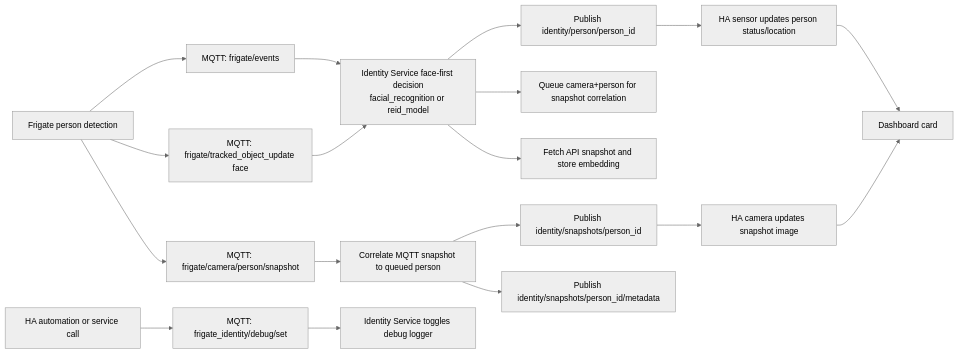
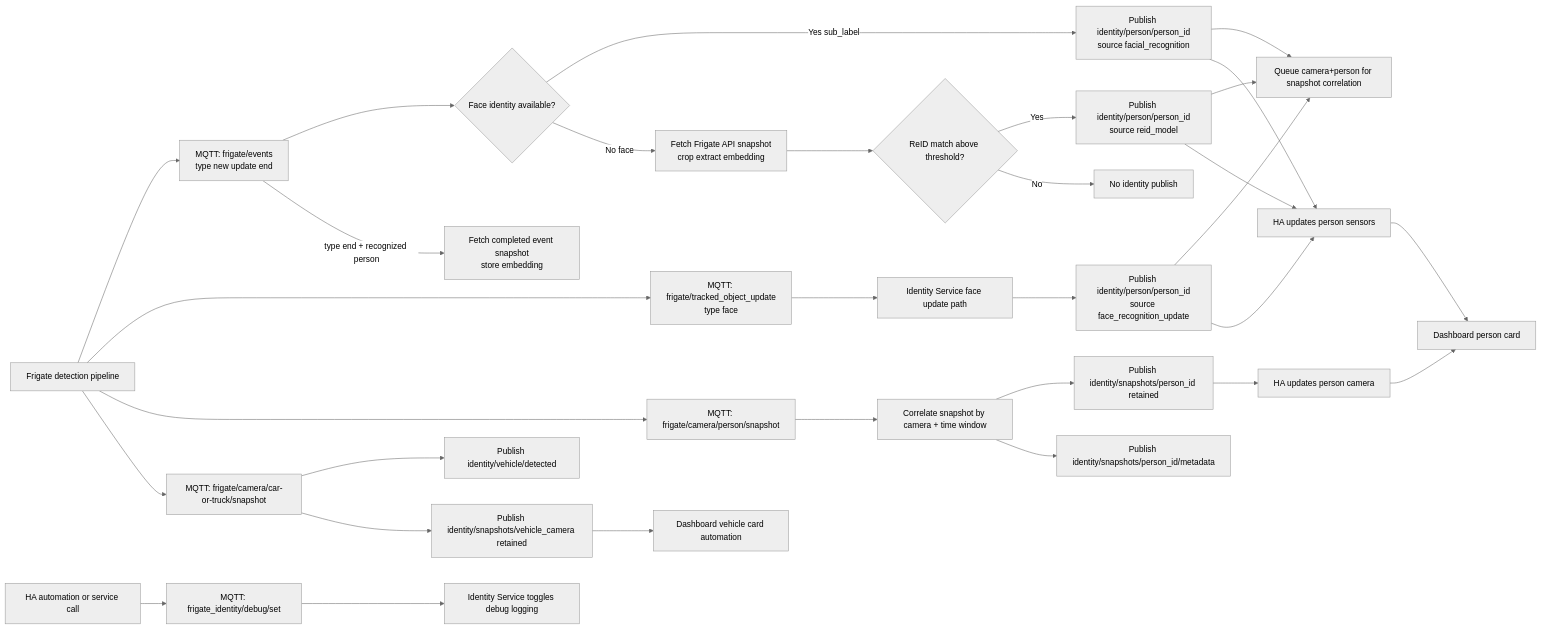
The first of 2 diagrams in README.md (awayman/frigate_identity_service), drawn with Mermaid (neutral theme) before and after one commit. The commit also changed other lines of this file, not shown here.

Commit message:
docs: Update flowchart and sequence diagram in README for improved clarity on identity service processes

````diff
--- a/README.md
+++ b/README.md
@@ -114,25 +114,41 @@
 ```mermaid
 flowchart LR
-  A[Frigate person detection] --> B[MQTT: frigate/events]
-  A --> C[MQTT: frigate/tracked_object_update face]
+  A[Frigate detection pipeline] --> B[MQTT: frigate/events<br/>type new update end]
+  A --> C[MQTT: frigate/tracked_object_update<br/>type face]
   A --> D[MQTT: frigate/camera/person/snapshot]
+  A --> V[MQTT: frigate/camera/car-or-truck/snapshot]
 
-  B --> E[Identity Service face-first decision<br/>facial_recognition or reid_model]
-  C --> E
-  E --> F[Publish identity/person/person_id]
-  E --> G[Queue camera+person for snapshot correlation]
-  E --> H[Fetch API snapshot and store embedding]
+  B --> E{Face identity available?}
+  C --> F[Identity Service face update path]
 
-  D --> I[Correlate MQTT snapshot to queued person]
-  I --> J[Publish identity/snapshots/person_id]
-  I --> K[Publish identity/snapshots/person_id/metadata]
+  E -->|Yes sub_label| G[Publish identity/person/person_id<br/>source facial_recognition]
+  E -->|No face| H[Fetch Frigate API snapshot<br/>crop extract embedding]
+  H --> I{ReID match above threshold?}
+  I -->|Yes| J[Publish identity/person/person_id<br/>source reid_model]
+  I -->|No| K[No identity publish]
 
-  F --> L[HA sensor updates person status/location]
-  J --> M[HA camera updates snapshot image]
+  B -->|type end + recognized person| L[Fetch completed event snapshot<br/>store embedding]
 
-  L --> N[Dashboard card]
-  M --> N
+  G --> M[Queue camera+person for snapshot correlation]
+  J --> M
+  F --> N[Publish identity/person/person_id<br/>source face_recognition_update]
+  N --> M
 
-  O[HA automation or service call] --> P[MQTT: frigate_identity/debug/set]
-  P --> Q[Identity Service toggles debug logger]
+  D --> O[Correlate snapshot by camera + time window]
+  O --> P[Publish identity/snapshots/person_id retained]
+  O --> Q[Publish identity/snapshots/person_id/metadata]
+
+  V --> R[Publish identity/vehicle/detected]
+  V --> S[Publish identity/snapshots/vehicle_camera retained]
+
+  G --> T[HA updates person sensors]
+  J --> T
+  N --> T
+  P --> U[HA updates person camera]
+  T --> W[Dashboard person card]
+  U --> W
+  S --> X[Dashboard vehicle card automation]
+
+  Y[HA automation or service call] --> Z[MQTT: frigate_identity/debug/set]
+  Z --> AA[Identity Service toggles debug logging]
 ```
````
